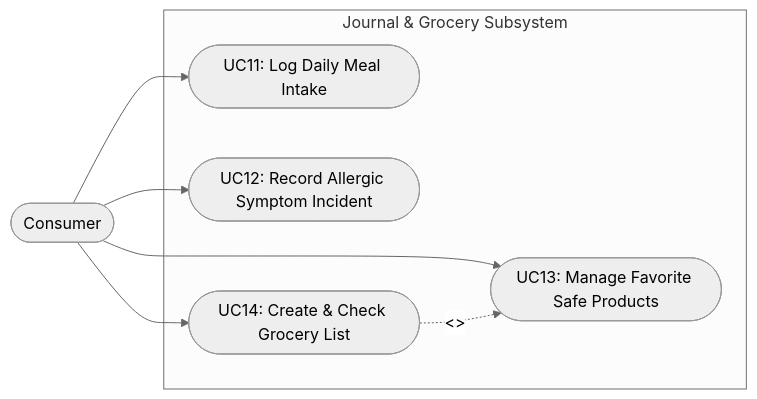
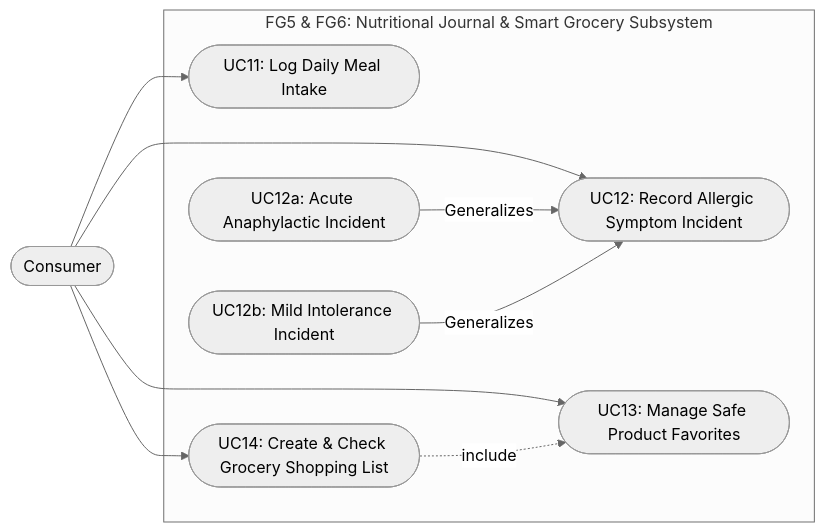
Before and after one commit to cornne/NutriViet_CNPM: the fourth of 5 diagrams in docs/requirements/use-cases.md, drawn with Mermaid (neutral theme). The commit also changed other lines of this file and 176 other files, not shown here.

````diff
--- a/docs/requirements/use-cases.md
+++ b/docs/requirements/use-cases.md
@@ -175,17 +220,25 @@
 ```mermaid
 flowchart LR
     Consumer(["Consumer"])
 
-    subgraph Journal_Shopping ["Journal & Grocery Subsystem"]
+    subgraph Journal_Grocery ["FG5 & FG6: Nutritional Journal & Smart Grocery Subsystem"]
         UC11(["UC11: Log Daily Meal Intake"])
         UC12(["UC12: Record Allergic Symptom Incident"])
-        UC13(["UC13: Manage Favorite Safe Products"])
-        UC14(["UC14: Create & Check Grocery List"])
+        UC12a(["UC12a: Acute Anaphylactic Incident"])
+        UC12b(["UC12b: Mild Intolerance Incident"])
+        UC13(["UC13: Manage Safe Product Favorites"])
+        UC14(["UC14: Create & Check Grocery Shopping List"])
     end
 
     Consumer --> UC11
     Consumer --> UC12
     Consumer --> UC13
     Consumer --> UC14
-    UC14 -. "<<include>>" .-> UC13
+
+    %% Include Relationship
+    UC14 -.->|include| UC13
+
+    %% Use Case Generalizations
+    UC12a -->|Generalizes| UC12
+    UC12b -->|Generalizes| UC12
 ```
````
